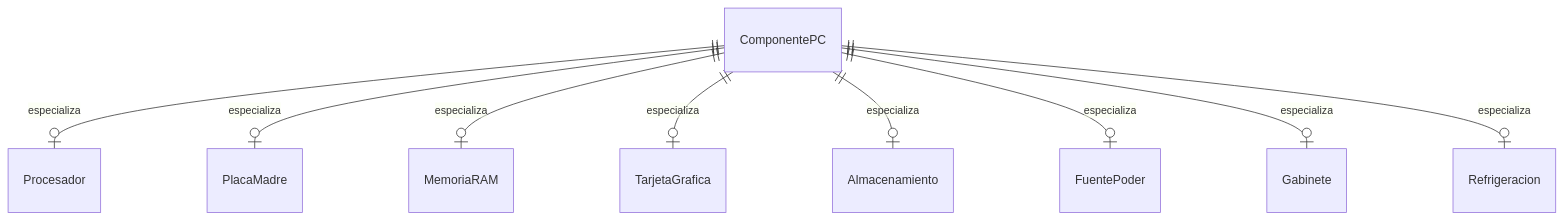
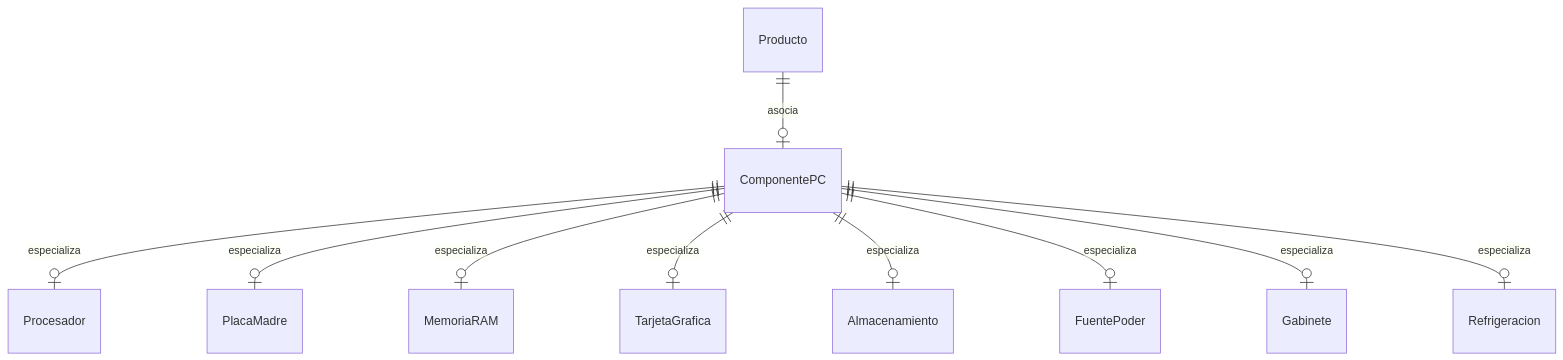
The fifth of 11 diagrams in docs/er/modelo-er.md (Anderson-b1t/ngt-platform), drawn with Mermaid before and after one commit. The commit also changed other lines of this file and 2 other files, not shown here.

````diff
--- a/docs/er/modelo-er.md
+++ b/docs/er/modelo-er.md
@@ -306,11 +314,12 @@
 ```mermaid
 erDiagram
+    Producto ||--o| ComponentePC : asocia
     ComponentePC ||--o| Procesador : especializa
     ComponentePC ||--o| PlacaMadre : especializa
     ComponentePC ||--o| MemoriaRAM : especializa
     ComponentePC ||--o| TarjetaGrafica : especializa
     ComponentePC ||--o| Almacenamiento : especializa
     ComponentePC ||--o| FuentePoder : especializa
     ComponentePC ||--o| Gabinete : especializa
     ComponentePC ||--o| Refrigeracion : especializa
 ```
````
